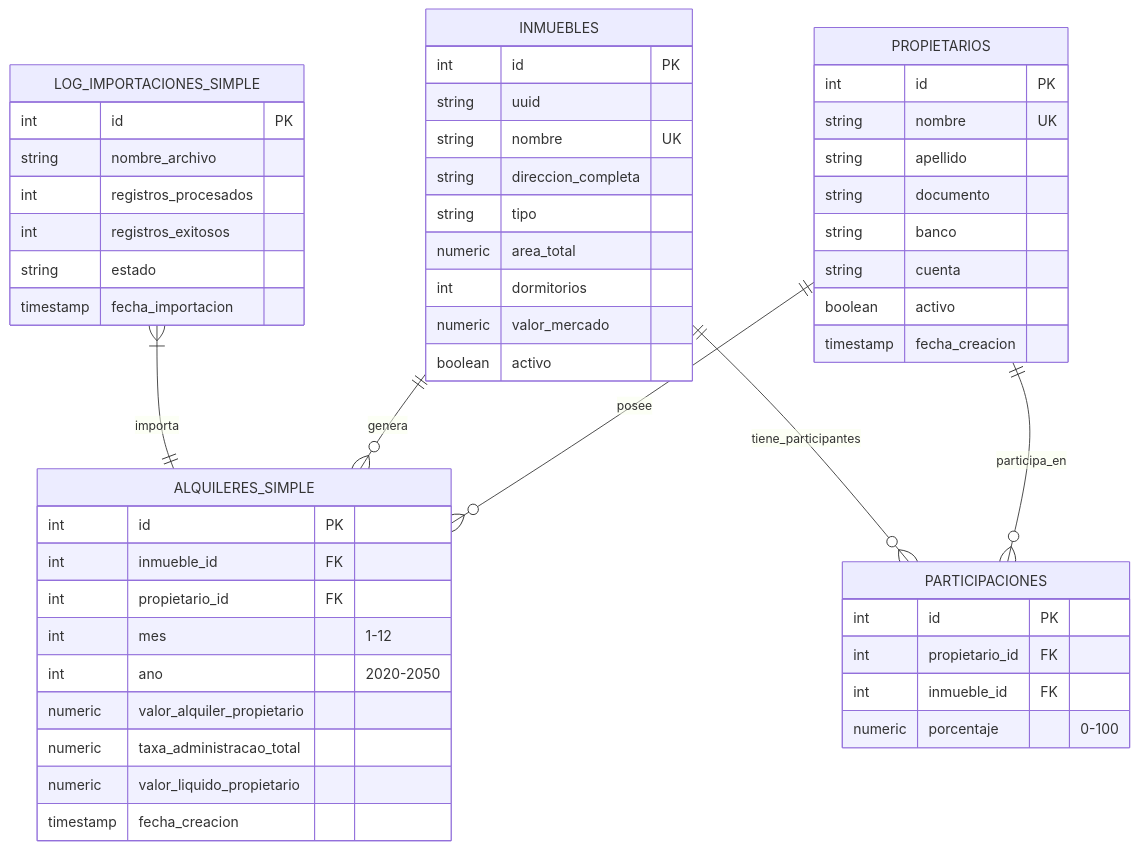
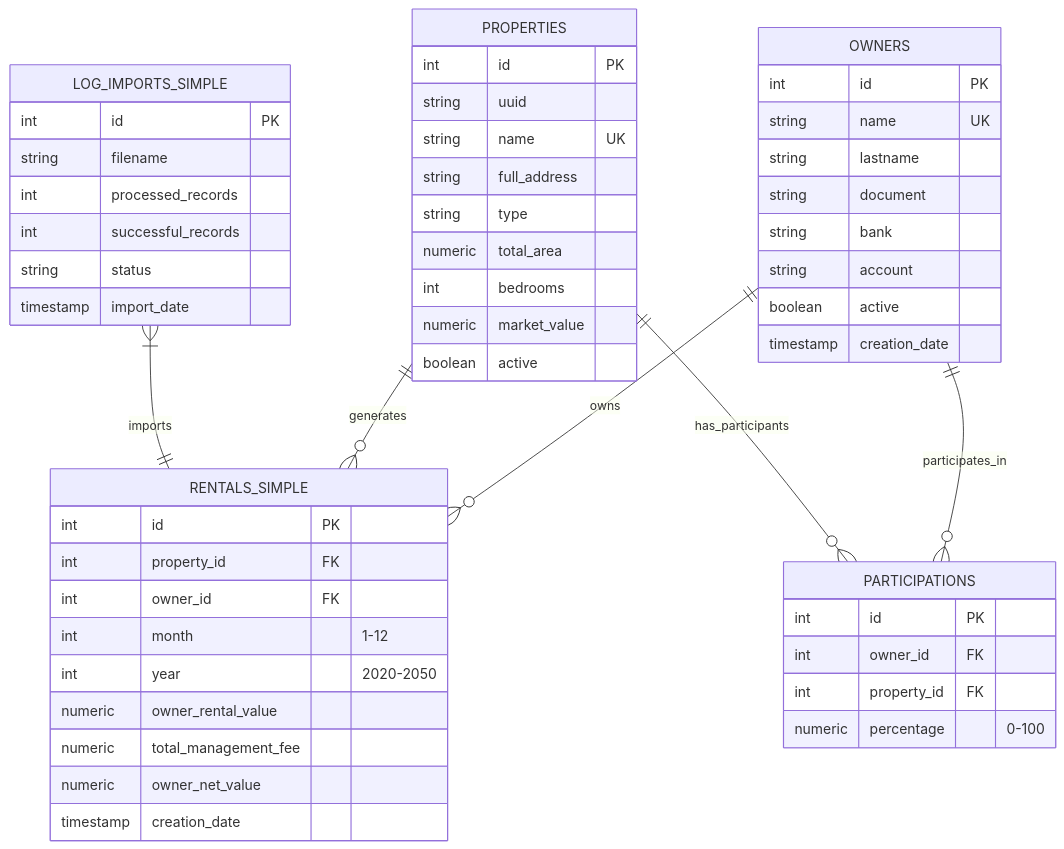
The diagram in README.md (Mlocoes/AlugueisV2), drawn with Mermaid before and after one commit. The commit also changed other lines of this file, not shown here.

````diff
--- a/README.md
+++ b/README.md
@@ -499,59 +158,59 @@
 ```mermaid
 erDiagram
-    PROPIETARIOS ||--o{ ALQUILERES_SIMPLE : "posee"
-    INMUEBLES ||--o{ ALQUILERES_SIMPLE : "genera"
-    PROPIETARIOS ||--o{ PARTICIPACIONES : "participa_en"
-    INMUEBLES ||--o{ PARTICIPACIONES : "tiene_participantes"
-    LOG_IMPORTACIONES_SIMPLE }|--|| ALQUILERES_SIMPLE : "importa"
+    OWNERS ||--o{ RENTALS_SIMPLE : "owns"
+    PROPERTIES ||--o{ RENTALS_SIMPLE : "generates"
+    OWNERS ||--o{ PARTICIPATIONS : "participates_in"
+    PROPERTIES ||--o{ PARTICIPATIONS : "has_participants"
+    LOG_IMPORTS_SIMPLE }|--|| RENTALS_SIMPLE : "imports"
 
-    PROPIETARIOS {
+    OWNERS {
         int id PK
-        string nombre UK
-        string apellido
-        string documento
-        string banco
-        string cuenta
-        boolean activo
-        timestamp fecha_creacion
+        string name UK
+        string lastname
+        string document
+        string bank
+        string account
+        boolean active
+        timestamp creation_date
     }
     
-    INMUEBLES {
+    PROPERTIES {
         int id PK
         string uuid
-        string nombre UK
-        string direccion_completa
-        string tipo
-        numeric area_total
-        int dormitorios
-        numeric valor_mercado
-        boolean activo
+        string name UK
+        string full_address
+        string type
+        numeric total_area
+        int bedrooms
+        numeric market_value
+        boolean active
     }
     
-    ALQUILERES_SIMPLE {
+    RENTALS_SIMPLE {
         int id PK
-        int inmueble_id FK
-        int propietario_id FK
-        int mes "1-12"
-        int ano "2020-2050"
-        numeric valor_alquiler_propietario
-        numeric taxa_administracao_total
-        numeric valor_liquido_propietario
-        timestamp fecha_creacion
+        int property_id FK
+        int owner_id FK
+        int month "1-12"
+        int year "2020-2050"
+        numeric owner_rental_value
+        numeric total_management_fee
+        numeric owner_net_value
+        timestamp creation_date
     }
     
-    PARTICIPACIONES {
+    PARTICIPATIONS {
         int id PK
-        int propietario_id FK
-        int inmueble_id FK
-        numeric porcentaje "0-100"
+        int owner_id FK
+        int property_id FK
+        numeric percentage "0-100"
     }
     
-    LOG_IMPORTACIONES_SIMPLE {
+    LOG_IMPORTS_SIMPLE {
         int id PK
-        string nombre_archivo
-        int registros_procesados
-        int registros_exitosos
-        string estado
-        timestamp fecha_importacion
+        string filename
+        int processed_records
+        int successful_records
+        string status
+        timestamp import_date
     }
 ```
````
